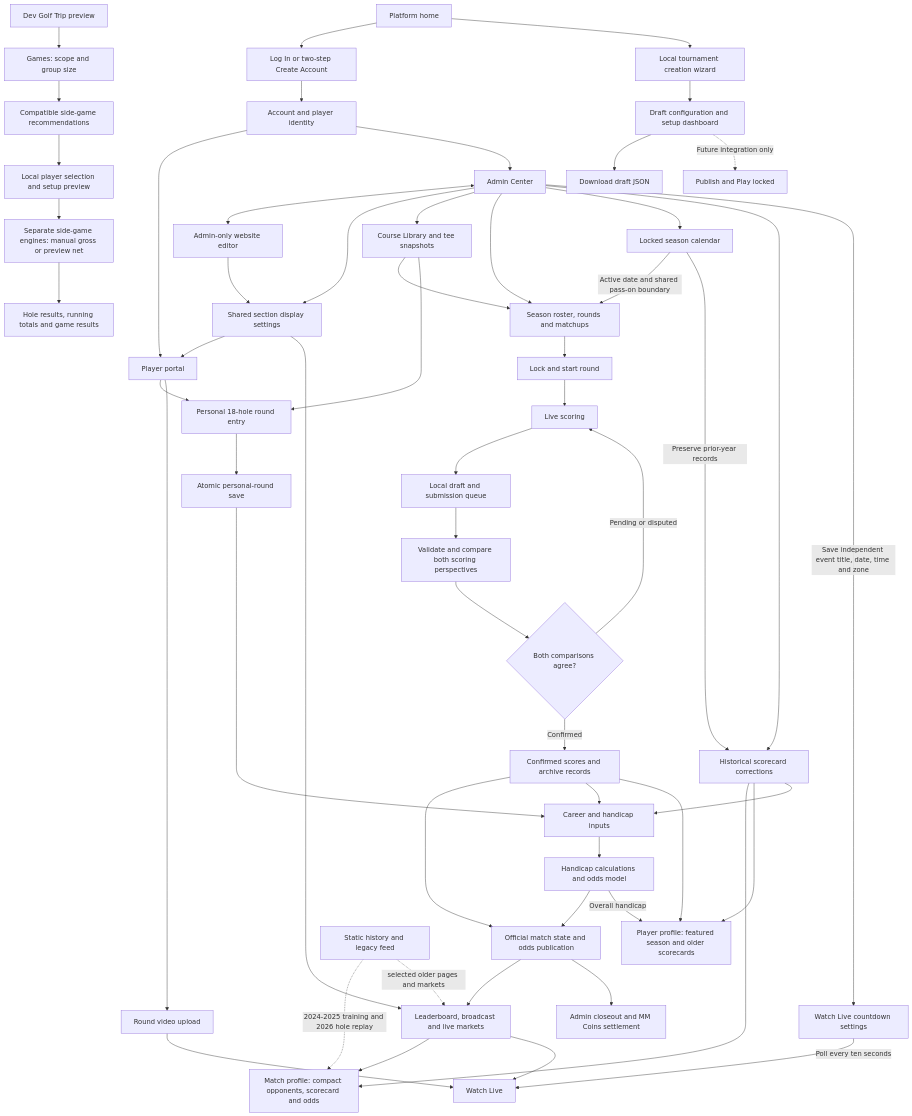
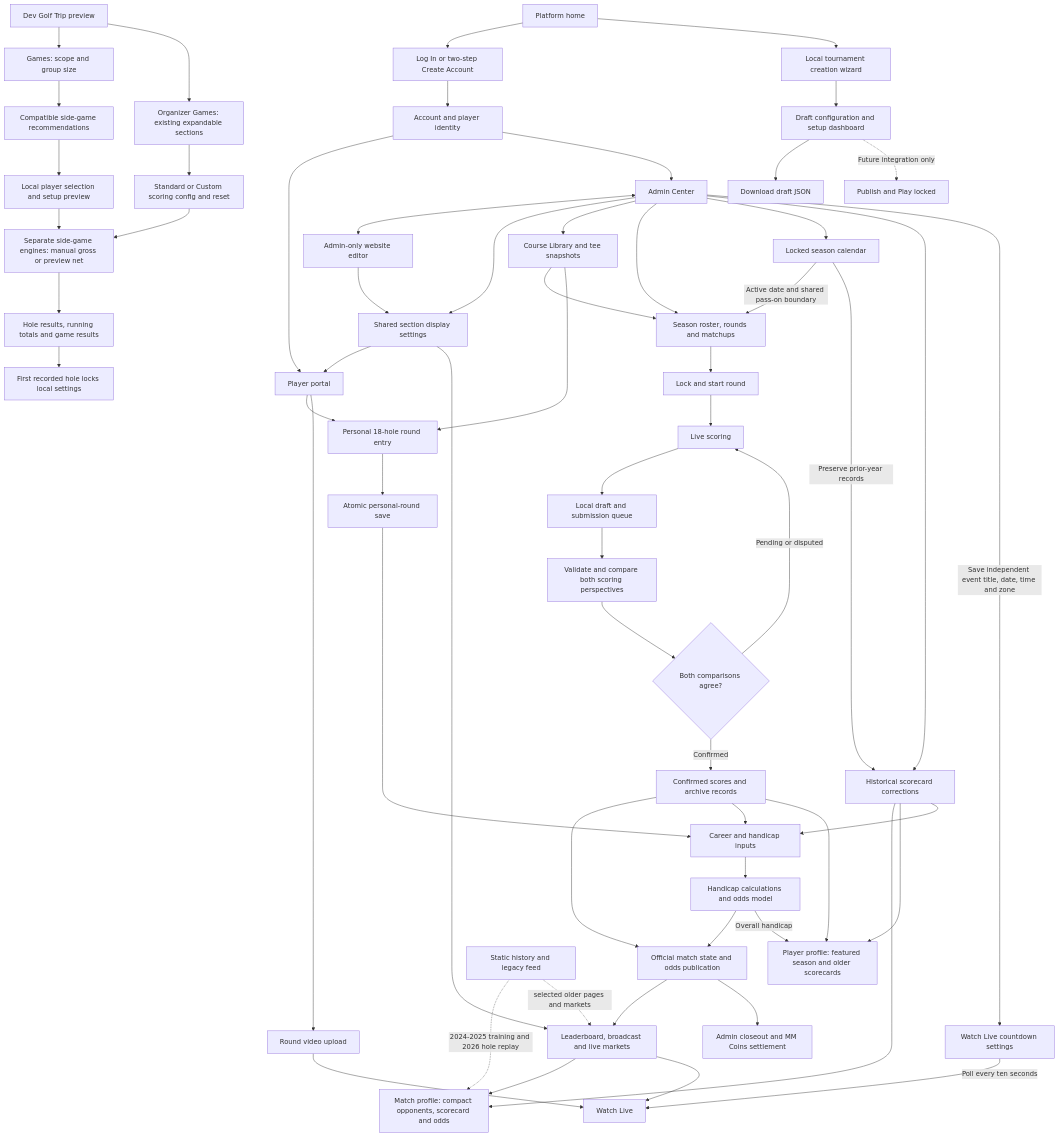
One commit to cadebarone00/MM-Website changed the diagram in docs/app-workflow.md. Above: the diagram before and after it, drawn with Mermaid. The commit also changed other lines of this file and 21 other files, not shown here.

```diff
--- a/docs/app-workflow.md
+++ b/docs/app-workflow.md
@@ -26,6 +30,10 @@
   GR --> GU[Local player selection and setup preview]
   GU --> GE[Separate side-game engines: manual gross or preview net]
   GE --> GT[Hole results, running totals and game results]
+  GP --> GSET[Organizer Games: existing expandable sections]
+  GSET --> GCFG[Standard or Custom scoring config and reset]
+  GCFG --> GE
+  GT --> GLOCK[First recorded hole locks local settings]
   %% Games use fictional data and component memory only; no edge to official Competition scoring, standings or database.
   %% Platform page headings sit beside the hamburger menu in smaller bold Spectral type.
   %% Operator recovery tooling only: REST row exports; optional explicit pg_dump to local dump/manifest; isolated restore drill documented. No provider monitoring, PITR activation or application integration.
```
